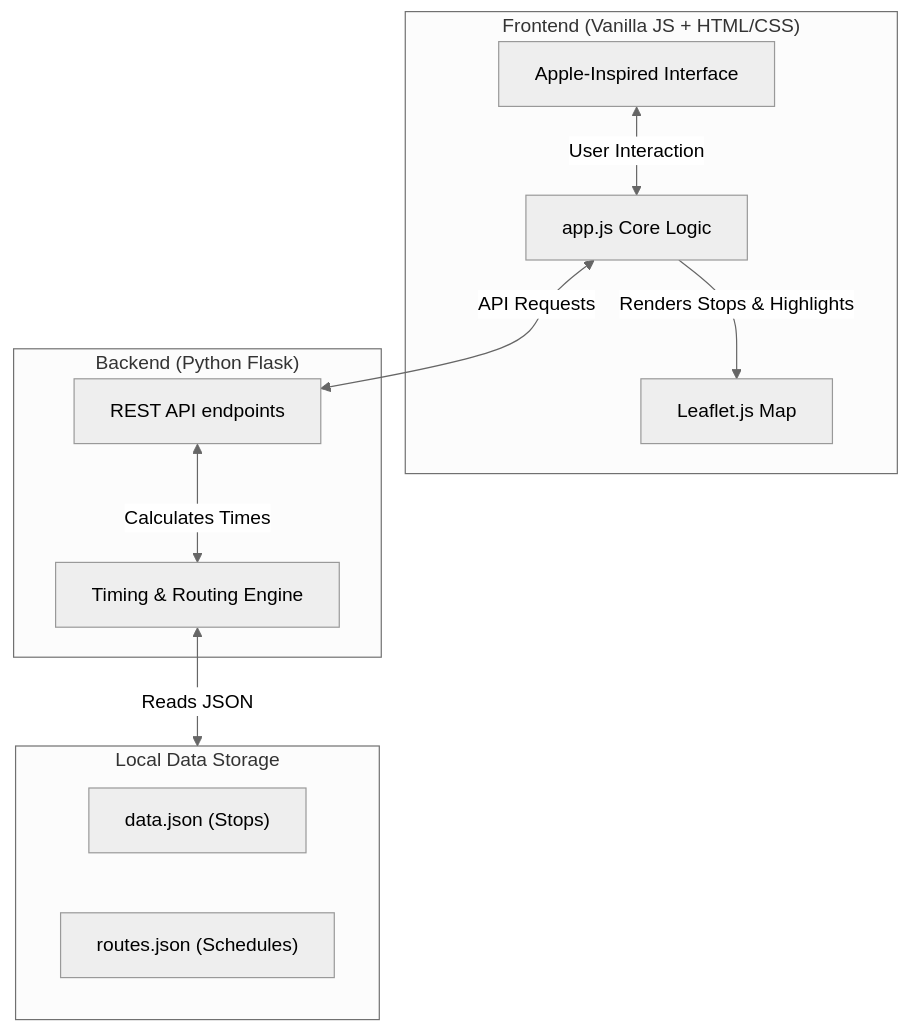
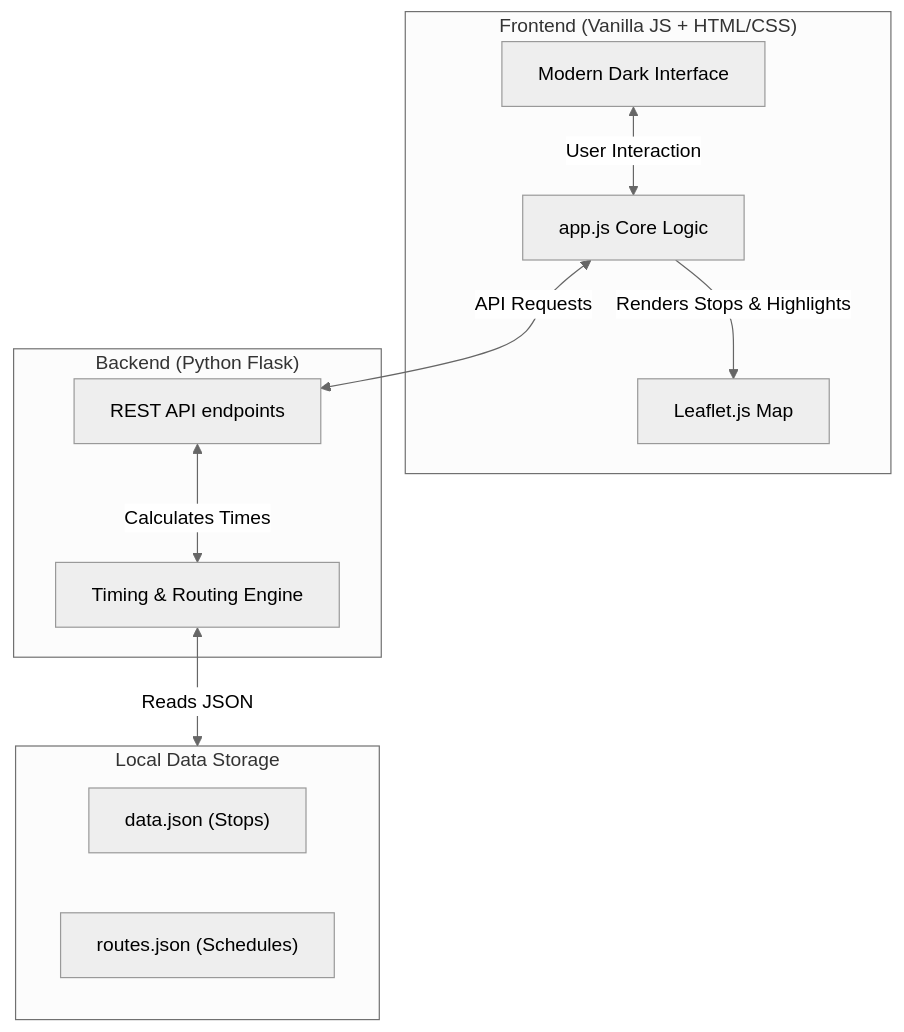
One commit to vishalbudhathoki/CTU-Bus-route-visualizer changed the first of 3 diagrams in explanation.md. Above: the diagram before and after it, drawn with Mermaid (neutral theme). The commit also changed 2 other files, not shown here.

Commit message:
Add README.md with project overview and badges

````diff
--- a/explanation.md
+++ b/explanation.md
@@ -7,24 +7,24 @@
 ```mermaid
 graph TD
     subgraph Frontend ["Frontend (Vanilla JS + HTML/CSS)"]
-        UI[Apple-Inspired Interface]
+        UI[Modern Dark Interface]
         Maps[Leaflet.js Map]
         Logic["app.js Core Logic"]
     end
 
     subgraph Backend ["Backend (Python Flask)"]
         API[REST API endpoints]
         Math["Timing & Routing Engine"]
     end
 
     subgraph Data ["Local Data Storage"]
         ST["data.json (Stops)"]
         RT["routes.json (Schedules)"]
     end
 
     UI <--> |User Interaction| Logic
     Logic <--> |API Requests| API
     Logic --> |Renders Stops & Highlights| Maps
     API <--> |Calculates Times| Math
     Math <--> |Reads JSON| Data
 ```
````
